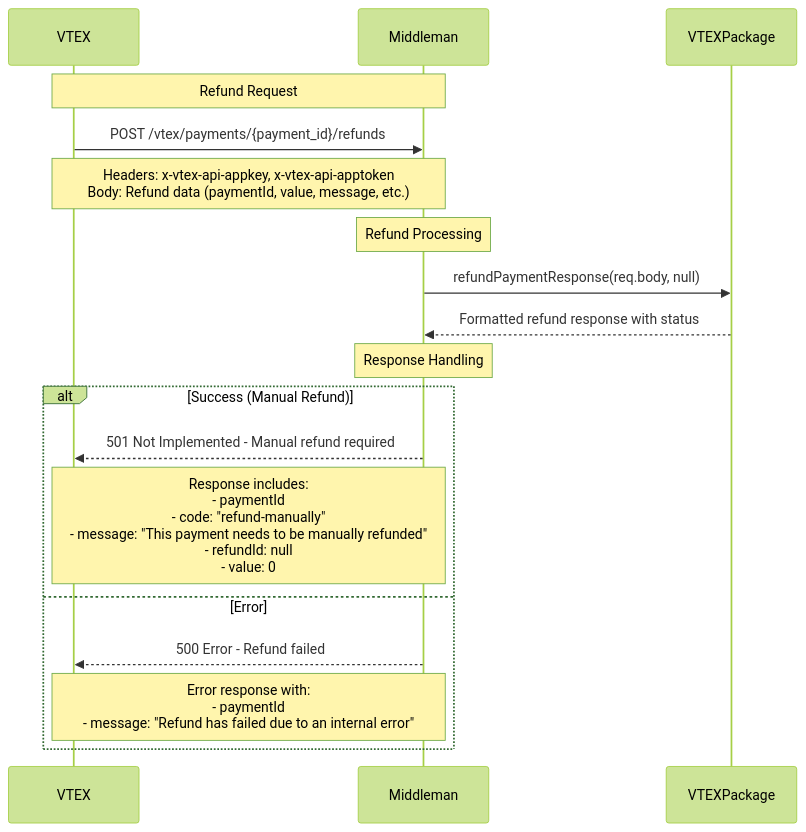
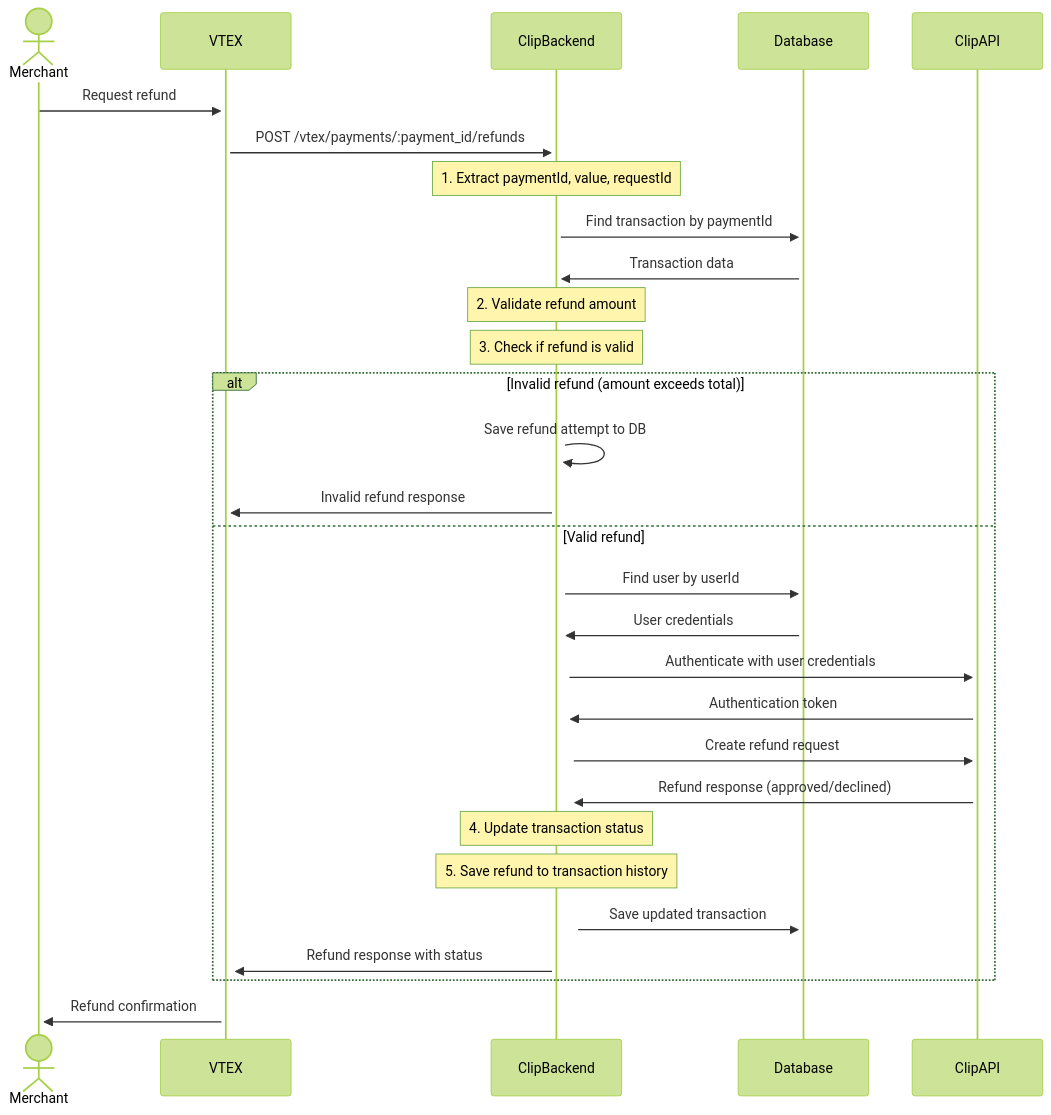
One commit to joa2pac/text-assistant-gpt changed the second of 2 diagrams in README.md. Above: the diagram before and after it, drawn with Mermaid (forest theme). The commit also changed other lines of this file, not shown here.

````diff
--- a/README.md
+++ b/README.md
@@ -344,23 +280,40 @@
 ```mermaid
 sequenceDiagram
+    actor Merchant
     participant VTEX
-    participant Middleman
-    participant VTEXPackage
+    participant ClipBackend
+    participant Database
+    participant ClipAPI
 
-    note over VTEX,Middleman: Refund Request
-    VTEX->>Middleman: POST /vtex/payments/{payment_id}/refunds
-    Note over VTEX,Middleman: Headers: x-vtex-api-appkey, x-vtex-api-apptoken<br/>Body: Refund data (paymentId, value, message, etc.)
-
-    note over Middleman: Refund Processing
-    Middleman->>VTEXPackage: refundPaymentResponse(req.body, null)
-    VTEXPackage-->>Middleman: Formatted refund response with status
-
-    note over Middleman: Response Handling
-    alt Success (Manual Refund)
-        Middleman-->>VTEX: 501 Not Implemented - Manual refund required
-        Note over Middleman,VTEX: Response includes:<br/>- paymentId<br/>- code: "refund-manually"<br/>- message: "This payment needs to be manually refunded"<br/>- refundId: null<br/>- value: 0
-    else Error
-        Middleman-->>VTEX: 500 Error - Refund failed
-        Note over Middleman,VTEX: Error response with:<br/>- paymentId<br/>- message: "Refund has failed due to an internal error"
+    Merchant->>+VTEX: Request refund
+    VTEX->>+ClipBackend: POST /vtex/payments/:payment_id/refunds
+    Note over ClipBackend: 1. Extract paymentId, value, requestId
+    
+    ClipBackend->>+Database: Find transaction by paymentId
+    Database->>+ClipBackend: Transaction data
+    
+    Note over ClipBackend: 2. Validate refund amount
+    Note over ClipBackend: 3. Check if refund is valid
+    
+    alt Invalid refund (amount exceeds total)
+        ClipBackend->>ClipBackend: Save refund attempt to DB
+        ClipBackend->>+VTEX: Invalid refund response
+    else Valid refund
+        ClipBackend->>+Database: Find user by userId
+        Database->>+ClipBackend: User credentials
+        
+        ClipBackend->>+ClipAPI: Authenticate with user credentials
+        ClipAPI->>+ClipBackend: Authentication token
+        
+        ClipBackend->>+ClipAPI: Create refund request
+        ClipAPI->>+ClipBackend: Refund response (approved/declined)
+        
+        Note over ClipBackend: 4. Update transaction status
+        Note over ClipBackend: 5. Save refund to transaction history
+        
+        ClipBackend->>+Database: Save updated transaction
+        ClipBackend->>+VTEX: Refund response with status
     end
+    
+    VTEX->>+Merchant: Refund confirmation
 ```
````
